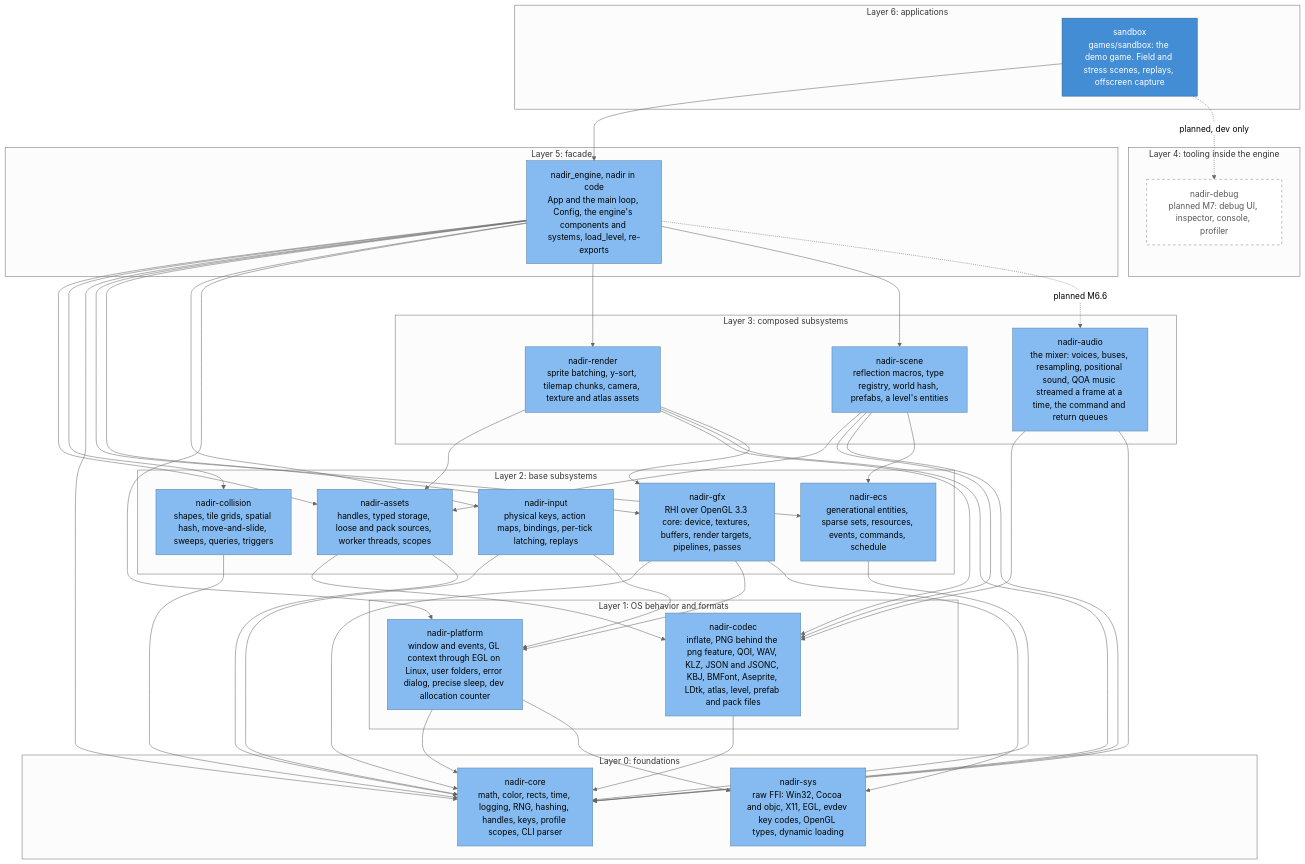
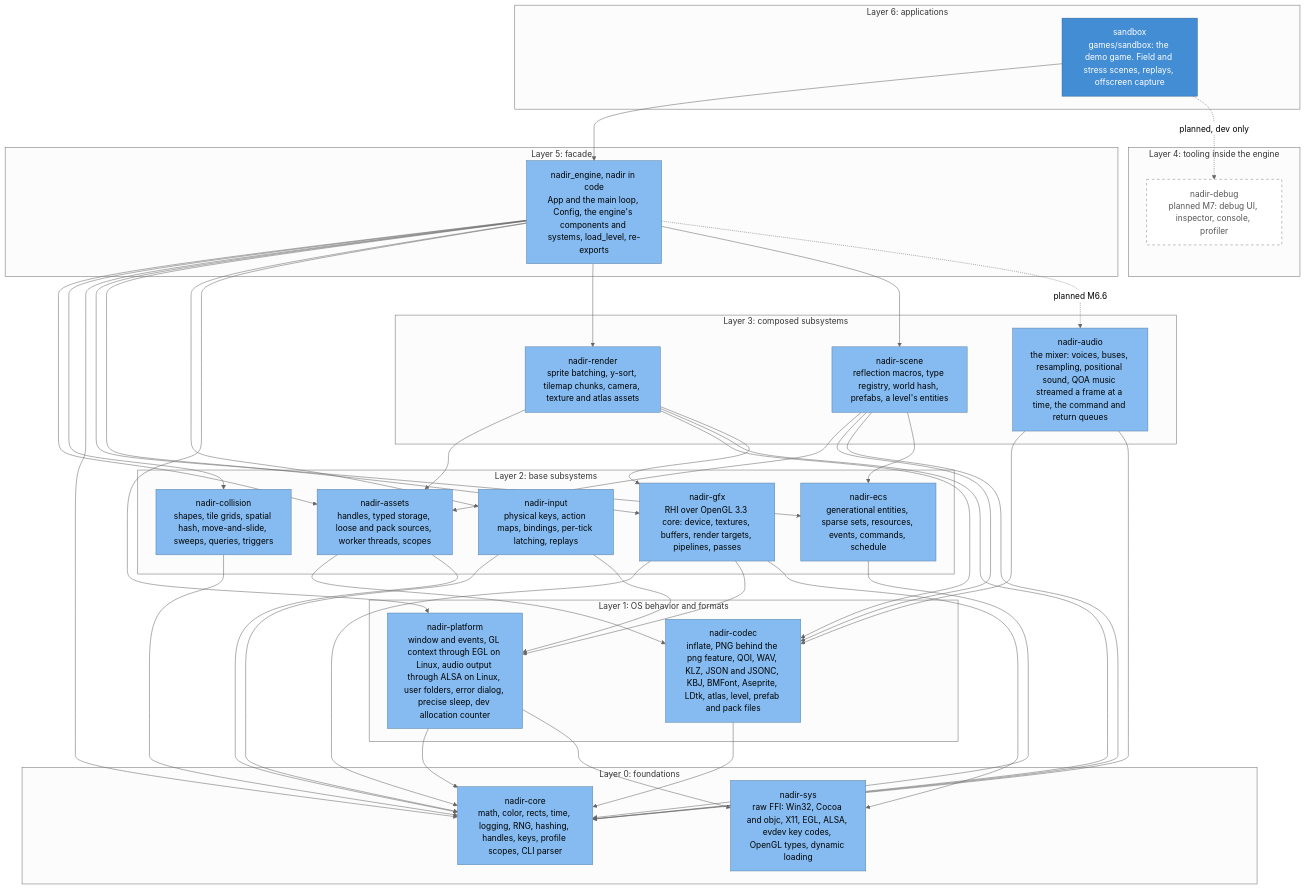
One commit to jabbott-iii/Nadir changed the third of 5 diagrams in diagrams/c4-architecture.md. Above: the diagram before and after it, drawn with Mermaid (neutral theme). The commit also changed other lines of this file and 28 other files, not shown here.

````diff
--- a/diagrams/c4-architecture.md
+++ b/diagrams/c4-architecture.md
@@ -153,74 +153,74 @@
 ```mermaid
 flowchart TB
     subgraph L6["Layer 6: applications"]
         n_sandbox["sandbox<br/>games/sandbox: the demo game. Field and stress scenes, replays, offscreen capture"]
     end
     subgraph L5["Layer 5: facade"]
         n_engine["nadir_engine, nadir in code<br/>App and the main loop, Config, the engine's components and systems, load_level, re-exports"]
     end
     subgraph L4["Layer 4: tooling inside the engine"]
         n_debug["nadir-debug<br/>planned M7: debug UI, inspector, console, profiler"]
     end
     subgraph L3["Layer 3: composed subsystems"]
         n_render["nadir-render<br/>sprite batching, y-sort, tilemap chunks, camera, texture and atlas assets"]
         n_scene["nadir-scene<br/>reflection macros, type registry, world hash, prefabs, a level's entities"]
         n_audio["nadir-audio<br/>the mixer: voices, buses, resampling, positional sound, QOA music streamed a frame at a time, the command and return queues"]
     end
     subgraph L2["Layer 2: base subsystems"]
         n_gfx["nadir-gfx<br/>RHI over OpenGL 3.3 core: device, textures, buffers, render targets, pipelines, passes"]
         n_ecs["nadir-ecs<br/>generational entities, sparse sets, resources, events, commands, schedule"]
         n_assets["nadir-assets<br/>handles, typed storage, loose and pack sources, worker threads, scopes"]
         n_input["nadir-input<br/>physical keys, action maps, bindings, per-tick latching, replays"]
         n_collision["nadir-collision<br/>shapes, tile grids, spatial hash, move-and-slide, sweeps, queries, triggers"]
     end
     subgraph L1["Layer 1: OS behavior and formats"]
-        n_platform["nadir-platform<br/>window and events, GL context through EGL on Linux, user folders, error dialog, precise sleep, dev allocation counter"]
+        n_platform["nadir-platform<br/>window and events, GL context through EGL on Linux, audio output through ALSA on Linux, user folders, error dialog, precise sleep, dev allocation counter"]
         n_codec["nadir-codec<br/>inflate, PNG behind the png feature, QOI, WAV, KLZ, JSON and JSONC, KBJ, BMFont, Aseprite, LDtk, atlas, level, prefab and pack files"]
     end
     subgraph L0["Layer 0: foundations"]
         n_core["nadir-core<br/>math, color, rects, time, logging, RNG, hashing, handles, keys, profile scopes, CLI parser"]
-        n_sys["nadir-sys<br/>raw FFI: Win32, Cocoa and objc, X11, EGL, evdev key codes, OpenGL types, dynamic loading"]
+        n_sys["nadir-sys<br/>raw FFI: Win32, Cocoa and objc, X11, EGL, ALSA, evdev key codes, OpenGL types, dynamic loading"]
     end
 
     n_sandbox --> n_engine
     n_engine --> n_assets
     n_engine --> n_collision
     n_engine --> n_core
     n_engine --> n_ecs
     n_engine --> n_gfx
     n_engine --> n_input
     n_engine --> n_platform
     n_engine --> n_render
     n_engine --> n_scene
     n_render --> n_assets
     n_render --> n_codec
     n_render --> n_core
     n_render --> n_gfx
     n_scene --> n_assets
     n_scene --> n_codec
     n_scene --> n_core
     n_scene --> n_ecs
     n_audio --> n_codec
     n_audio --> n_core
     n_gfx --> n_core
     n_gfx --> n_platform
     n_gfx --> n_sys
     n_ecs --> n_core
     n_assets --> n_codec
     n_assets --> n_core
     n_input --> n_core
     n_input --> n_platform
     n_collision --> n_core
     n_platform --> n_core
     n_platform --> n_sys
     n_codec --> n_core
     n_engine -.->|"planned M6.6"| n_audio
     n_sandbox -.->|"planned, dev only"| n_debug
 
     classDef container fill:#438dd5,stroke:#2e6295,color:#ffffff
     classDef component fill:#85bbf0,stroke:#5d82a8,color:#000000
     classDef planned fill:#ffffff,stroke:#888888,stroke-dasharray: 5 5,color:#555555
     class n_sandbox container
     class n_engine,n_render,n_scene,n_audio,n_gfx,n_ecs,n_assets,n_input,n_collision,n_platform,n_codec,n_core,n_sys component
     class n_debug planned
 ```
````
